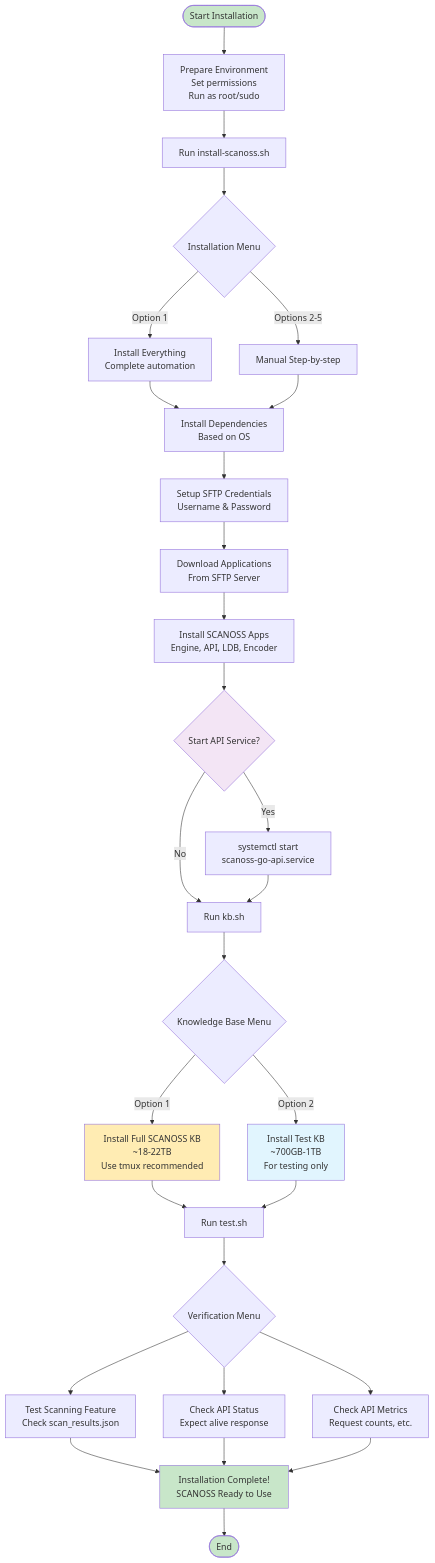
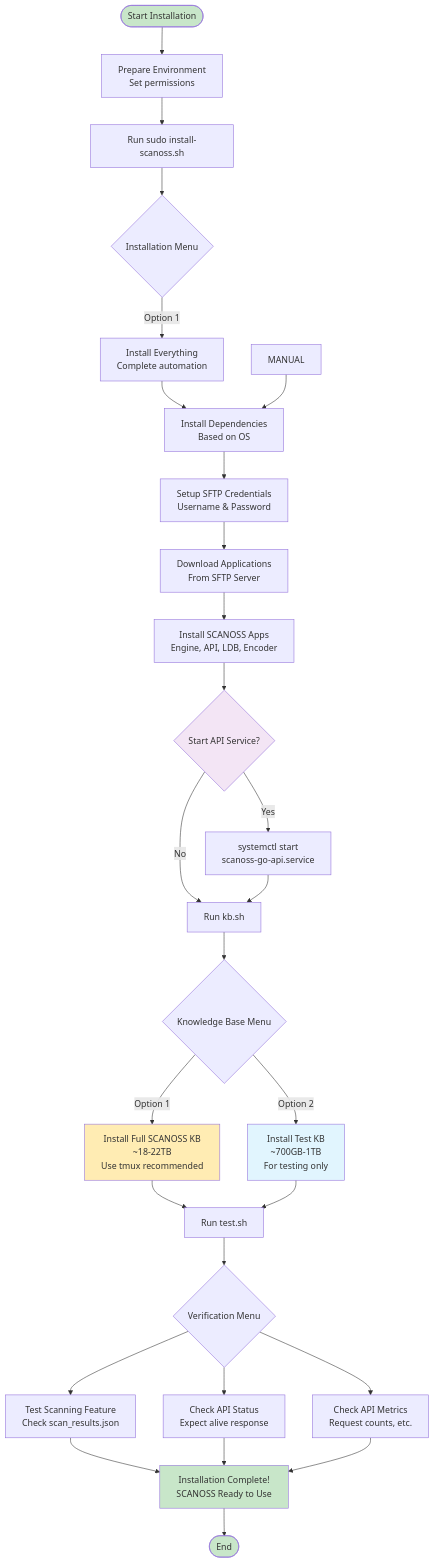
The diagram in install/README.md (scanossmining/on-premise), drawn with Mermaid before and after one commit.

````diff
--- a/install/README.md
+++ b/install/README.md
@@ -33,52 +33,51 @@
 ```mermaid
 flowchart TD
-    START([Start Installation]) --> PREP[Prepare Environment<br/>Set permissions<br/>Run as root/sudo]
+    START([Start Installation]) --> PREP[Prepare Environment<br/>Set permissions]
     
-    PREP --> INSTALL[Run install-scanoss.sh]
+    PREP --> INSTALL[Run sudo install-scanoss.sh]
     
     INSTALL --> MENU{Installation Menu}
     
     MENU -->|Option 1| ALL[Install Everything<br/>Complete automation]
-    MENU -->|Options 2-5| MANUAL[Manual Step-by-step]
     
     ALL --> DEPS[Install Dependencies<br/>Based on OS]
     MANUAL --> DEPS
     
     DEPS --> SFTP[Setup SFTP Credentials<br/>Username & Password]
     
     SFTP --> DOWNLOAD[Download Applications<br/>From SFTP Server]
     
     DOWNLOAD --> APPS[Install SCANOSS Apps<br/>Engine, API, LDB, Encoder]
     
     APPS --> API_START{Start API Service?}
     API_START -->|Yes| START_API[systemctl start<br/>scanoss-go-api.service]
     API_START -->|No| KB_INSTALL
     START_API --> KB_INSTALL[Run kb.sh]
     
     KB_INSTALL --> KB_MENU{Knowledge Base Menu}
     
     KB_MENU -->|Option 1| FULL_KB[Install Full SCANOSS KB<br/>~18-22TB<br/>Use tmux recommended]
     KB_MENU -->|Option 2| TEST_KB[Install Test KB<br/>~700GB-1TB<br/>For testing only]
     
     FULL_KB --> VERIFY[Run test.sh]
     TEST_KB --> VERIFY
     
     VERIFY --> TEST_MENU{Verification Menu}
     
     TEST_MENU --> SCAN_TEST[Test Scanning Feature<br/>Check scan_results.json]
     TEST_MENU --> API_TEST[Check API Status<br/>Expect alive response]
     TEST_MENU --> METRICS[Check API Metrics<br/>Request counts, etc.]
     
     SCAN_TEST --> SUCCESS
     API_TEST --> SUCCESS
     METRICS --> SUCCESS[Installation Complete!<br/>SCANOSS Ready to Use]
     
     SUCCESS --> END([End])
     
     style START fill:#c8e6c9
     style SUCCESS fill:#c8e6c9
     style END fill:#c8e6c9
     style FULL_KB fill:#ffecb3
     style TEST_KB fill:#e1f5fe
     style API_START fill:#f3e5f5
 ```
````
